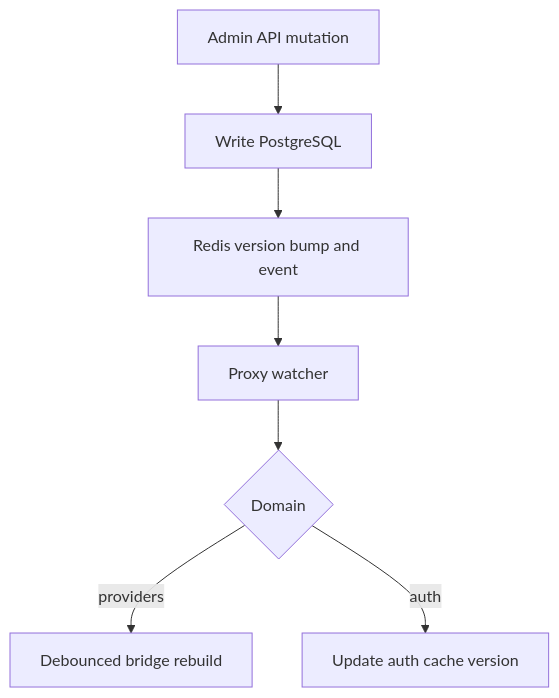
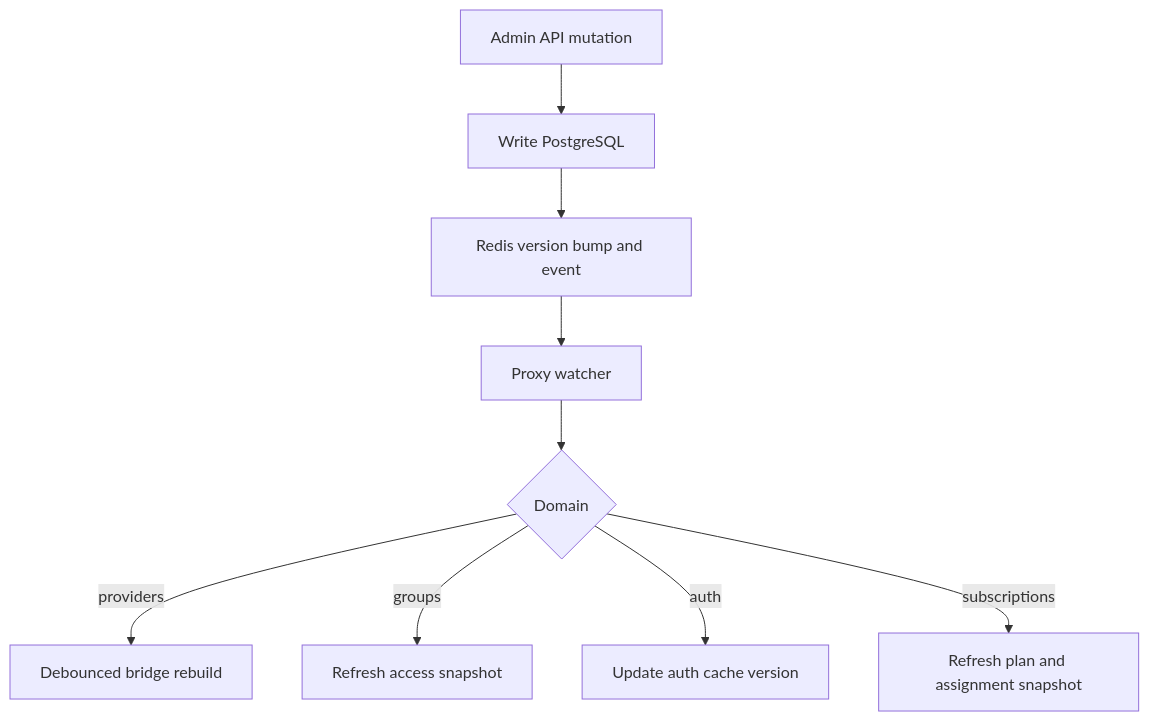
One commit to thomas-illiet/prompt-gate changed the fourth of 4 diagrams in docs/architecture.md. Above: the diagram before and after it, drawn with Mermaid. The commit also changed other lines of this file and 28 other files, not shown here.

````diff
--- a/docs/architecture.md
+++ b/docs/architecture.md
@@ -135,9 +144,11 @@
 ```mermaid
 flowchart TD
     Admin["Admin API mutation"] --> DB["Write PostgreSQL"]
     DB --> Event["Redis version bump and event"]
     Event --> Proxy["Proxy watcher"]
     Proxy --> Kind{"Domain"}
     Kind -->|providers| Bridge["Debounced bridge rebuild"]
+    Kind -->|groups| Groups["Refresh access snapshot"]
     Kind -->|auth| AuthCache["Update auth cache version"]
+    Kind -->|subscriptions| Quotas["Refresh plan and assignment snapshot"]
 ```
````
